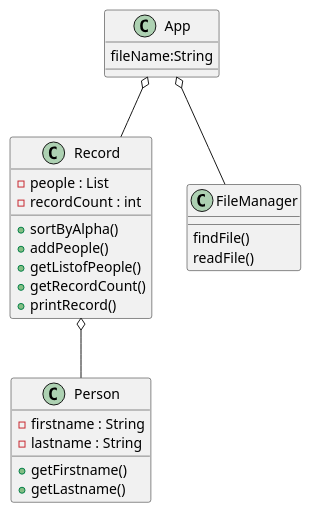
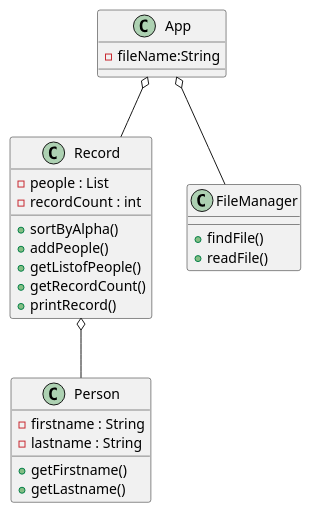
The diagram in src/main/java/ex41/NameSorter.puml (kingraham228/Ingraham-cop3330-assignment3), drawn with PlantUML before and after one commit. The commit also changed 1 other file, not shown here.

```diff
--- a/src/main/java/ex41/NameSorter.puml
+++ b/src/main/java/ex41/NameSorter.puml
@@ -1,31 +1,31 @@
 @startuml
 class Person{
 - firstname : String
 - lastname : String
 + getFirstname()
 + getLastname()
 }
 
 class Record{
 - people : List
 - recordCount : int
 + sortByAlpha()
 + addPeople()
 + getListofPeople()
 + getRecordCount()
 + printRecord()
 }
 
 class App{
-fileName:String
+- fileName:String
 }
 
 class FileManager{
-findFile()
-readFile()
++findFile()
++readFile()
 }
 
 App o-- Record
 Record o-- Person
 App o-- FileManager
 @enduml
```
